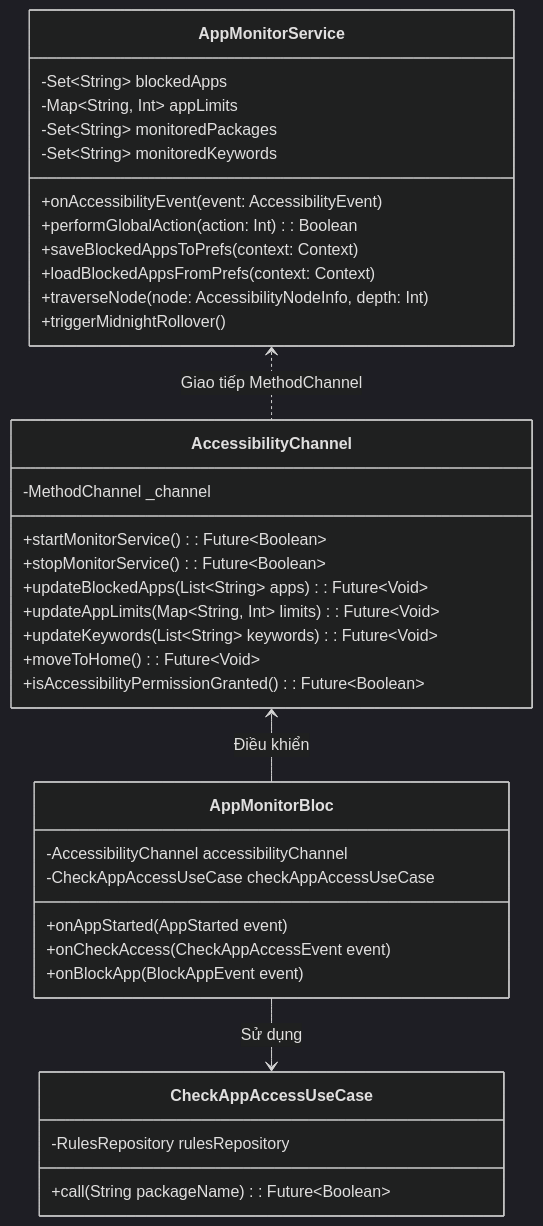
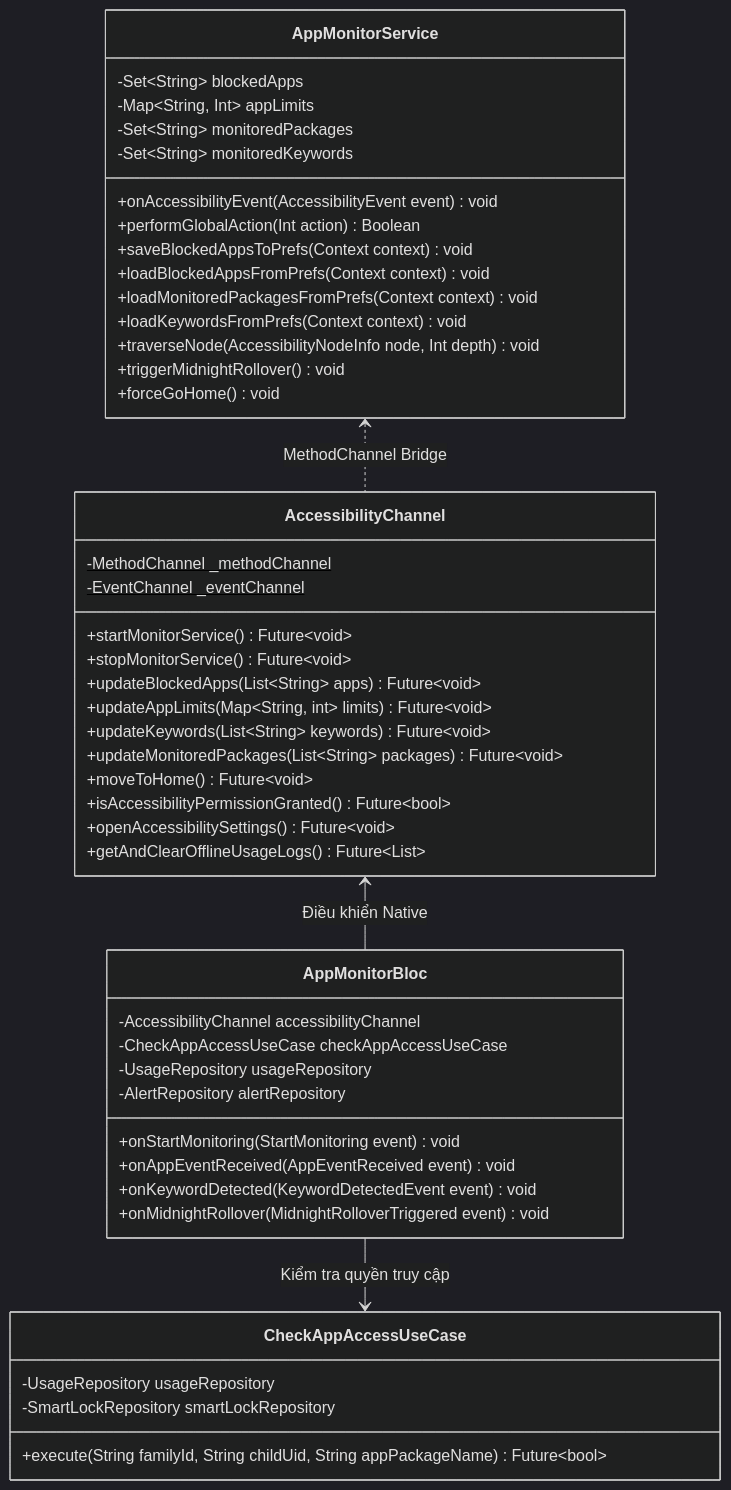
Diagram 16 of 20 in docs/Kura_Technical_Analysis.md (minhduc01168/KidGuardian-THPT), drawn with Mermaid (dark theme) before and after one commit. The commit also changed other lines of this file, not shown here.

Commit message:
docs: standardize terminology to Kura, Phụ huynh and Con, align diagrams with codebase

````diff
--- a/docs/Kura_Technical_Analysis.md
+++ b/docs/Kura_Technical_Analysis.md
@@ -955,43 +955,54 @@
 ```mermaid
 classDiagram
     class AppMonitorService {
         -Set~String~ blockedApps
         -Map~String, Int~ appLimits
         -Set~String~ monitoredPackages
         -Set~String~ monitoredKeywords
-        +onAccessibilityEvent(event: AccessibilityEvent)
-        +performGlobalAction(action: Int): Boolean
-        +saveBlockedAppsToPrefs(context: Context)
-        +loadBlockedAppsFromPrefs(context: Context)
-        +traverseNode(node: AccessibilityNodeInfo, depth: Int)
-        +triggerMidnightRollover()
+        +onAccessibilityEvent(AccessibilityEvent event) void
+        +performGlobalAction(Int action) Boolean
+        +saveBlockedAppsToPrefs(Context context) void
+        +loadBlockedAppsFromPrefs(Context context) void
+        +loadMonitoredPackagesFromPrefs(Context context) void
+        +loadKeywordsFromPrefs(Context context) void
+        +traverseNode(AccessibilityNodeInfo node, Int depth) void
+        +triggerMidnightRollover() void
+        +forceGoHome() void
     }
 
     class AccessibilityChannel {
-        -MethodChannel _channel
-        +startMonitorService(): Future~Boolean~
-        +stopMonitorService(): Future~Boolean~
-        +updateBlockedApps(List~String~ apps): Future~Void~
-        +updateAppLimits(Map~String, Int~ limits): Future~Void~
-        +updateKeywords(List~String~ keywords): Future~Void~
-        +moveToHome(): Future~Void~
-        +isAccessibilityPermissionGranted(): Future~Boolean~
+        -MethodChannel _methodChannel$
+        -EventChannel _eventChannel$
+        +startMonitorService() Future~void~
+        +stopMonitorService() Future~void~
+        +updateBlockedApps(List~String~ apps) Future~void~
+        +updateAppLimits(Map~String, int~ limits) Future~void~
+        +updateKeywords(List~String~ keywords) Future~void~
+        +updateMonitoredPackages(List~String~ packages) Future~void~
+        +moveToHome() Future~void~
+        +isAccessibilityPermissionGranted() Future~bool~
+        +openAccessibilitySettings() Future~void~
+        +getAndClearOfflineUsageLogs() Future~List~
     }
 
     class AppMonitorBloc {
         -AccessibilityChannel accessibilityChannel
         -CheckAppAccessUseCase checkAppAccessUseCase
-        +onAppStarted(AppStarted event)
-        +onCheckAccess(CheckAppAccessEvent event)
-        +onBlockApp(BlockAppEvent event)
+        -UsageRepository usageRepository
+        -AlertRepository alertRepository
+        +onStartMonitoring(StartMonitoring event) void
+        +onAppEventReceived(AppEventReceived event) void
+        +onKeywordDetected(KeywordDetectedEvent event) void
+        +onMidnightRollover(MidnightRolloverTriggered event) void
     }
 
     class CheckAppAccessUseCase {
-        -RulesRepository rulesRepository
-        +call(String packageName): Future~Boolean~
+        -UsageRepository usageRepository
+        -SmartLockRepository smartLockRepository
+        +execute(String familyId, String childUid, String appPackageName) Future~bool~
     }
 
-    AppMonitorService <.. AccessibilityChannel : Giao tiếp MethodChannel
-    AccessibilityChannel <-- AppMonitorBloc : Điều khiển
-    AppMonitorBloc --> CheckAppAccessUseCase : Sử dụng
+    AppMonitorService <.. AccessibilityChannel : MethodChannel Bridge
+    AccessibilityChannel <-- AppMonitorBloc : Điều khiển Native
+    AppMonitorBloc --> CheckAppAccessUseCase : Kiểm tra quyền truy cập
 ```
````
